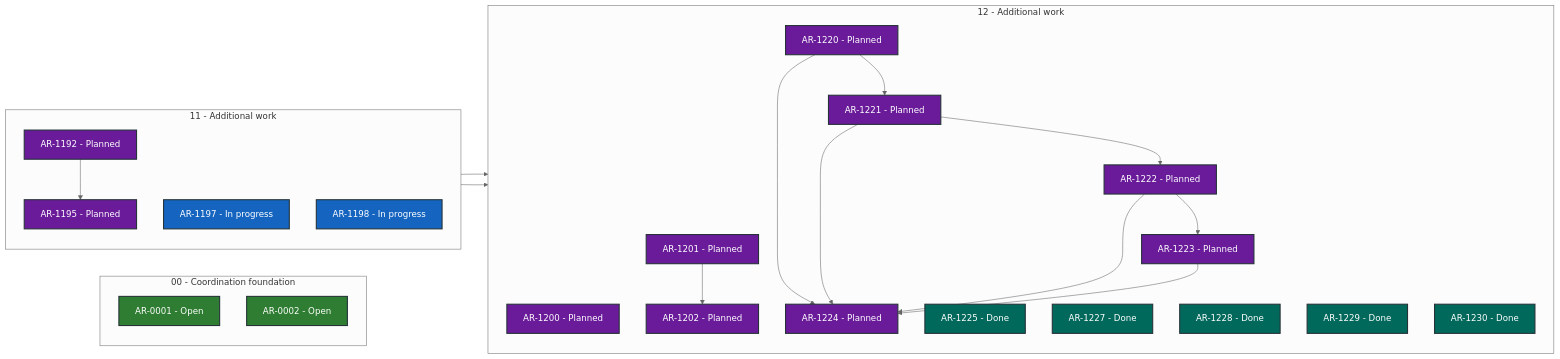
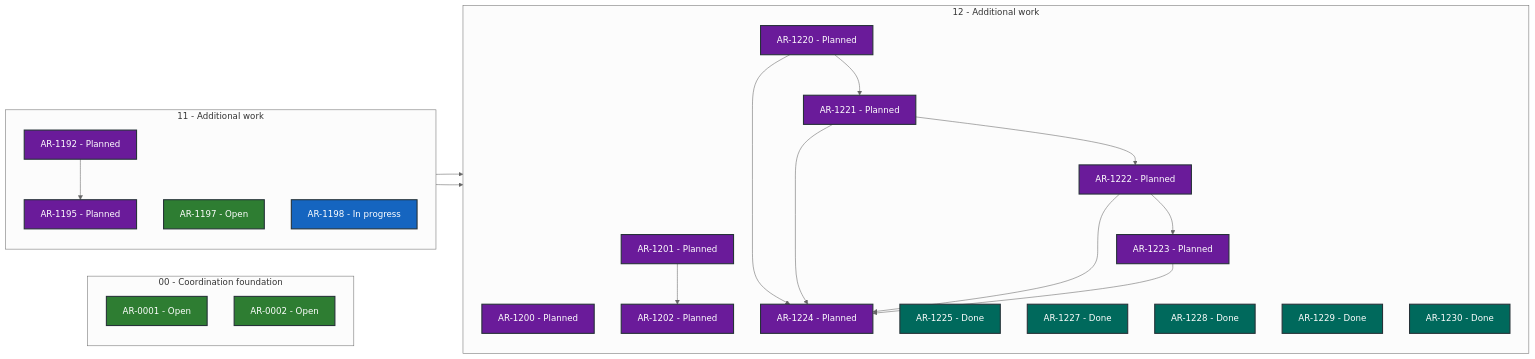
Before and after one commit to martin-beck/asb-tui-state: the diagram in STATUS.md, drawn with Mermaid (neutral theme). The commit also changed other lines of this file and 2 other files, not shown here.

````diff
--- a/STATUS.md
+++ b/STATUS.md
@@ -27,50 +27,50 @@
 ```mermaid
 flowchart LR
     subgraph series_00["00 - Coordination foundation"]
         direction TB
         AR_0001["AR-0001 - Open"]:::status_open
         AR_0002["AR-0002 - Open"]:::status_open
     end
     subgraph series_11["11 - Additional work"]
         direction TB
         AR_1192["AR-1192 - Planned"]:::status_planned
         AR_1195["AR-1195 - Planned"]:::status_planned
-        AR_1197["AR-1197 - In progress"]:::status_in_progress
+        AR_1197["AR-1197 - Open"]:::status_open
         AR_1198["AR-1198 - In progress"]:::status_in_progress
     end
     subgraph series_12["12 - Additional work"]
         direction TB
         AR_1200["AR-1200 - Planned"]:::status_planned
         AR_1201["AR-1201 - Planned"]:::status_planned
         AR_1202["AR-1202 - Planned"]:::status_planned
         AR_1220["AR-1220 - Planned"]:::status_planned
         AR_1221["AR-1221 - Planned"]:::status_planned
         AR_1222["AR-1222 - Planned"]:::status_planned
         AR_1223["AR-1223 - Planned"]:::status_planned
         AR_1224["AR-1224 - Planned"]:::status_planned
         AR_1225["AR-1225 - Done"]:::status_done
         AR_1227["AR-1227 - Done"]:::status_done
         AR_1228["AR-1228 - Done"]:::status_done
         AR_1229["AR-1229 - Done"]:::status_done
         AR_1230["AR-1230 - Done"]:::status_done
     end
     AR_1192 --> AR_1195
     AR_1195 --> AR_1200
     AR_1197 --> AR_1201
     AR_1201 --> AR_1202
     AR_1220 --> AR_1221
     AR_1220 --> AR_1224
     AR_1221 --> AR_1222
     AR_1221 --> AR_1224
     AR_1222 --> AR_1223
     AR_1222 --> AR_1224
     AR_1223 --> AR_1224
     classDef status_in_progress fill:#1565c0,color:#ffffff,stroke:#263238,stroke-width:2px
     classDef status_open fill:#2e7d32,color:#ffffff,stroke:#263238,stroke-width:2px
     classDef status_blocked fill:#c62828,color:#ffffff,stroke:#263238,stroke-width:2px
     classDef status_planned fill:#6a1b9a,color:#ffffff,stroke:#263238,stroke-width:2px
     classDef status_future fill:#455a64,color:#ffffff,stroke:#263238,stroke-width:2px
     classDef status_done fill:#00695c,color:#ffffff,stroke:#263238,stroke-width:2px
     classDef status_cancelled fill:#616161,color:#ffffff,stroke:#263238,stroke-width:2px
     classDef status_superseded fill:#5d4037,color:#ffffff,stroke:#263238,stroke-width:2px
 ```
````
